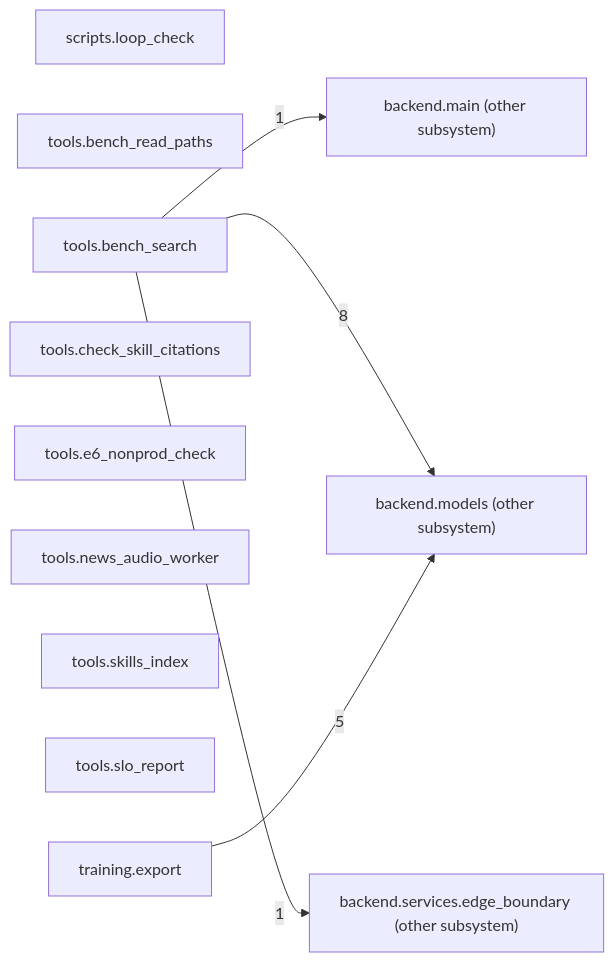
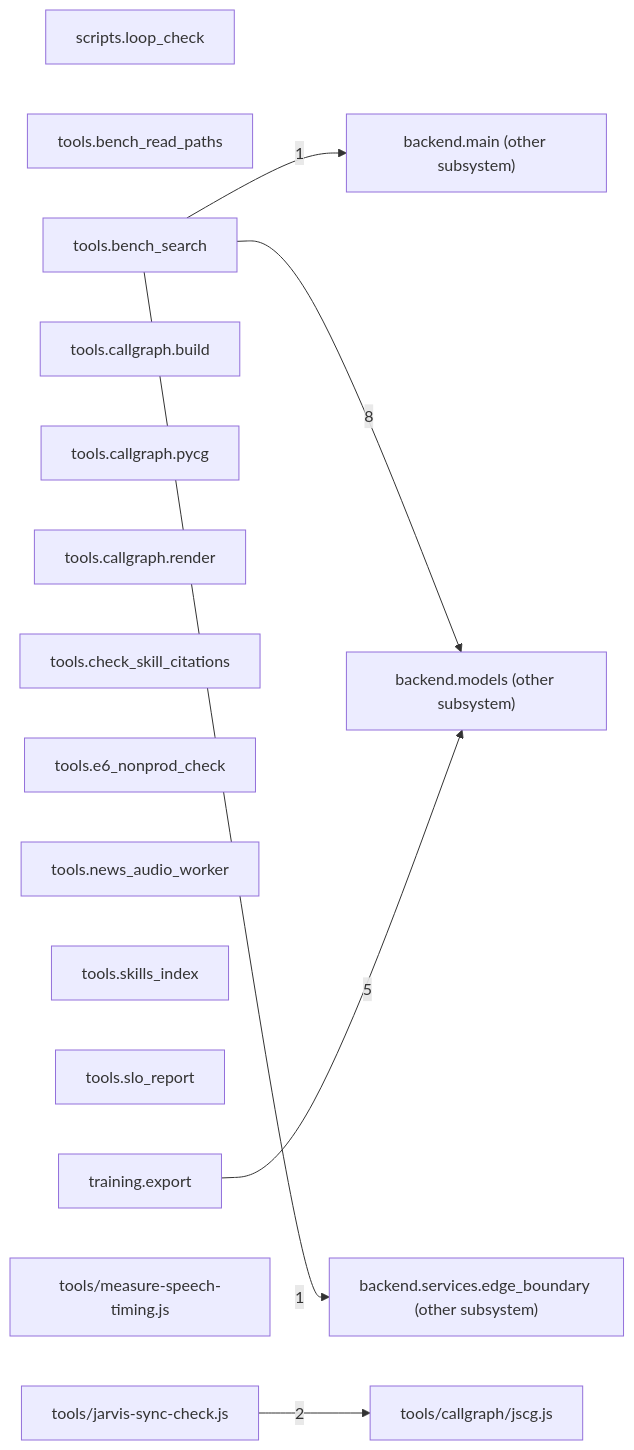
The fourth of 9 diagrams in plans/INTENT_PROMPT_CALL_GRAPH.md (localloop-pro/looper), drawn with Mermaid before and after one commit. The commit also changed other lines of this file and 5 other files, not shown here.

````diff
--- a/plans/INTENT_PROMPT_CALL_GRAPH.md
+++ b/plans/INTENT_PROMPT_CALL_GRAPH.md
@@ -277,19 +287,26 @@
 ```mermaid
 flowchart LR
   m_backend_main["backend.main (other subsystem)"]
   m_backend_models["backend.models (other subsystem)"]
   m_backend_services_edge_boundary["backend.services.edge_boundary (other subsystem)"]
   m_scripts_loop_check["scripts.loop_check"]
   m_tools_bench_read_paths["tools.bench_read_paths"]
   m_tools_bench_search["tools.bench_search"]
+  m_tools_callgraph_build["tools.callgraph.build"]
+  m_tools_callgraph_pycg["tools.callgraph.pycg"]
+  m_tools_callgraph_render["tools.callgraph.render"]
   m_tools_check_skill_citations["tools.check_skill_citations"]
   m_tools_e6_nonprod_check["tools.e6_nonprod_check"]
   m_tools_news_audio_worker["tools.news_audio_worker"]
   m_tools_skills_index["tools.skills_index"]
   m_tools_slo_report["tools.slo_report"]
+  m_tools_callgraph_jscg_js["tools/callgraph/jscg.js"]
+  m_tools_jarvis_sync_check_js["tools/jarvis-sync-check.js"]
+  m_tools_measure_speech_timing_js["tools/measure-speech-timing.js"]
   m_training_export["training.export"]
   m_tools_bench_search -->|1| m_backend_main
   m_tools_bench_search -->|8| m_backend_models
   m_tools_bench_search -->|1| m_backend_services_edge_boundary
+  m_tools_jarvis_sync_check_js -->|2| m_tools_callgraph_jscg_js
   m_training_export -->|5| m_backend_models
 ```
````
